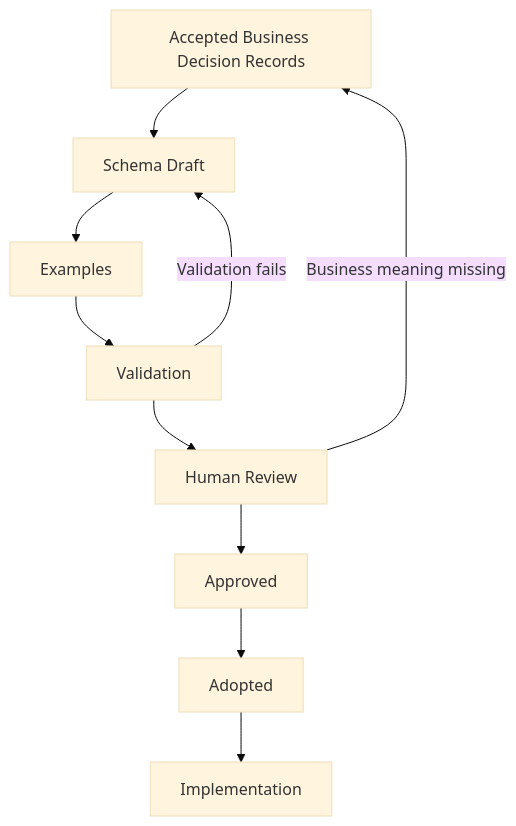
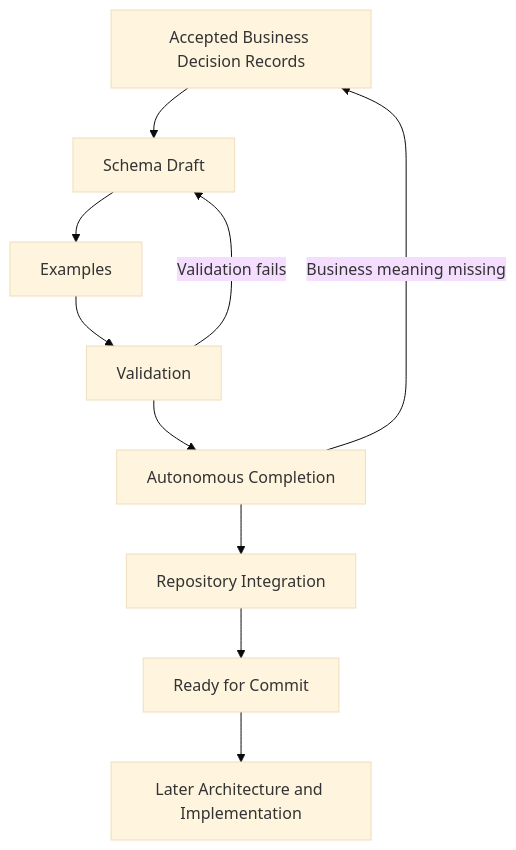
Before and after one commit to derekfika/fika-os: the diagram in docs/platform-methodology/schema-generation-and-approval-process.md, drawn with Mermaid (base theme). The commit also changed other lines of this file and 284 other files, not shown here.

````diff
--- a/docs/platform-methodology/schema-generation-and-approval-process.md
+++ b/docs/platform-methodology/schema-generation-and-approval-process.md
@@ -35,12 +35,12 @@
 ```mermaid
 flowchart TD
     B["Accepted Business Decision Records"] --> D["Schema Draft"]
     D --> E["Examples"]
     E --> V["Validation"]
-    V --> H["Human Review"]
-    H --> P["Approved"]
-    P --> A["Adopted"]
-    A --> I["Implementation"]
-    H -->|"Business meaning missing"| B
+    V --> C["Autonomous Completion"]
+    C --> R["Repository Integration"]
+    R --> G["Ready for Commit"]
+    G --> I["Later Architecture and Implementation"]
+    C -->|"Business meaning missing"| B
     V -->|"Validation fails"| D
 ```
````
